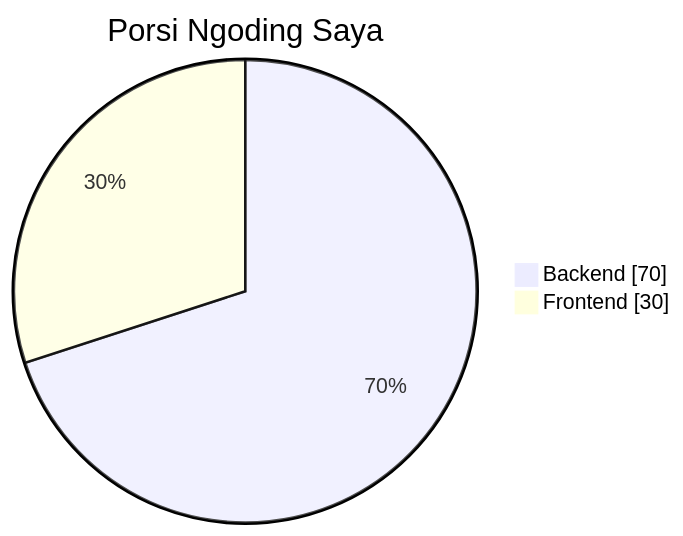
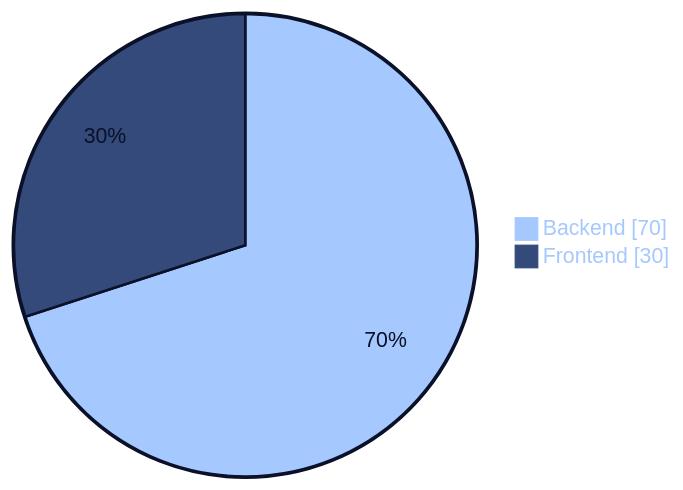
Before and after one commit to ZEY00-ai/ZEY00-ai: the diagram in README.md, drawn with Mermaid. The commit also changed other lines of this file, not shown here.

````diff
--- a/README.md
+++ b/README.md
@@ -55,6 +42,6 @@
 ```mermaid
+%%{init: {'theme':'base','themeVariables':{'pie1':'#a5c8ff','pie2':'#334a7a','pieStrokeColor':'#0a1128','pieOuterStrokeColor':'#0a1128','pieTitleTextColor':'#a5c8ff','pieSectionTextColor':'#0a1128','pieLegendTextColor':'#a5c8ff','pieOpacity':'1'}}}%%
 pie showData
-    title Porsi Ngoding Saya
     "Backend" : 70
     "Frontend" : 30
 ```
````
